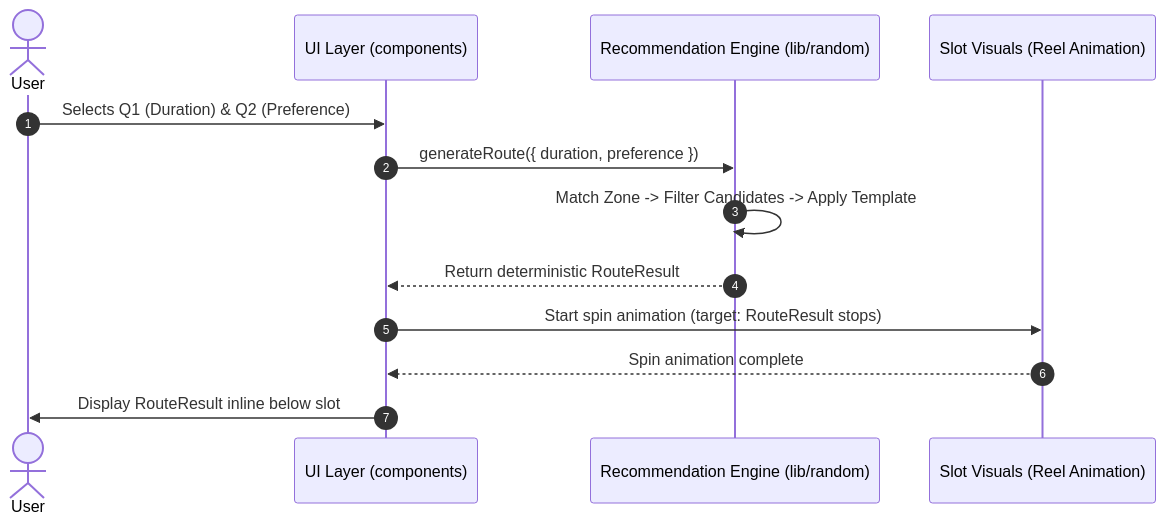
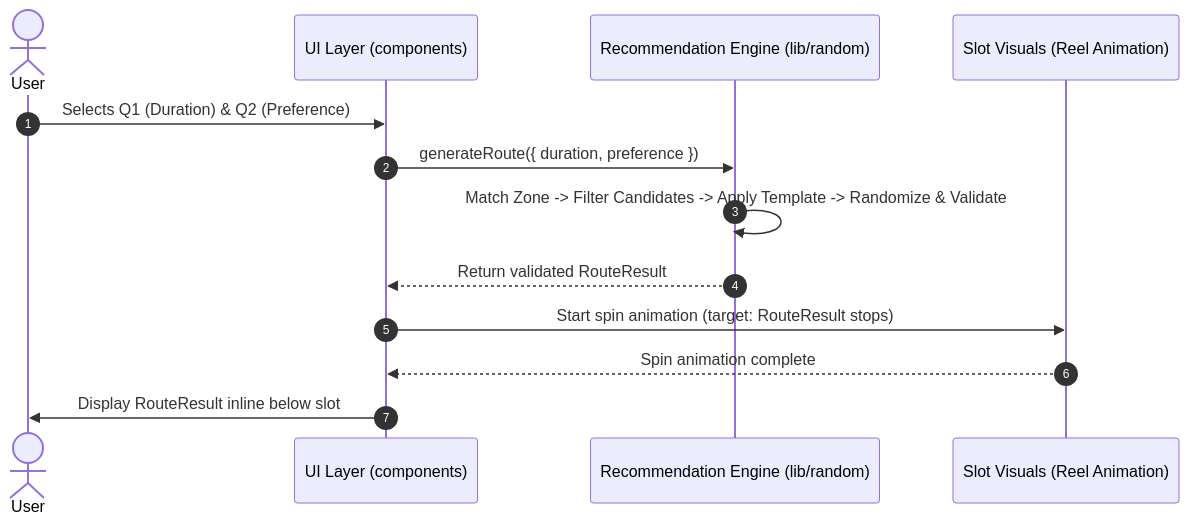
The first of 2 diagrams in docs/ARCHITECTURE.md (devchanz/daejeon-random-trip), drawn with Mermaid before and after one commit. The commit also changed other lines of this file and 4 other files, not shown here.

````diff
--- a/docs/ARCHITECTURE.md
+++ b/docs/ARCHITECTURE.md
@@ -77,16 +79,16 @@
 ```mermaid
 sequenceDiagram
     autonumber
     actor User
     participant UI as UI Layer (components)
     participant Engine as Recommendation Engine (lib/random)
     participant Reel as Slot Visuals (Reel Animation)
     
     User->>UI: Selects Q1 (Duration) & Q2 (Preference)
     UI->>Engine: generateRoute({ duration, preference })
-    Engine->>Engine: Match Zone -> Filter Candidates -> Apply Template
-    Engine-->>UI: Return deterministic RouteResult
+    Engine->>Engine: Match Zone -> Filter Candidates -> Apply Template -> Randomize & Validate
+    Engine-->>UI: Return validated RouteResult
     UI->>Reel: Start spin animation (target: RouteResult stops)
     Reel-->>UI: Spin animation complete
     UI->>User: Display RouteResult inline below slot
 ```
````
